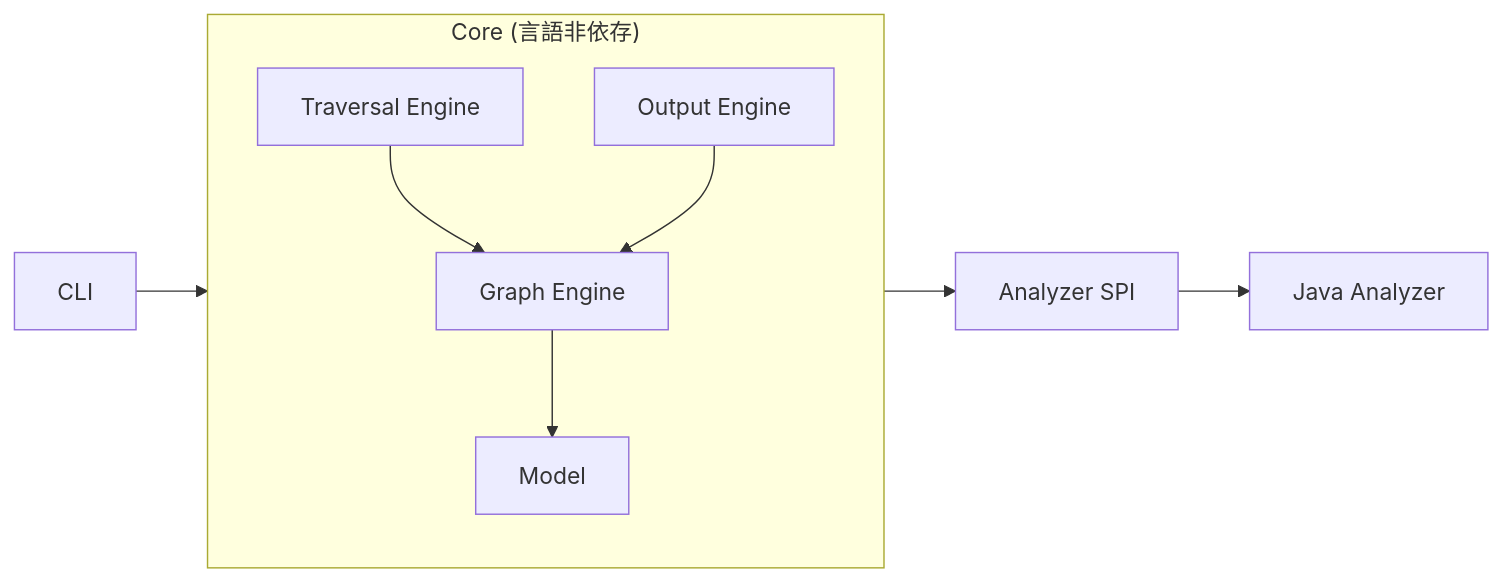
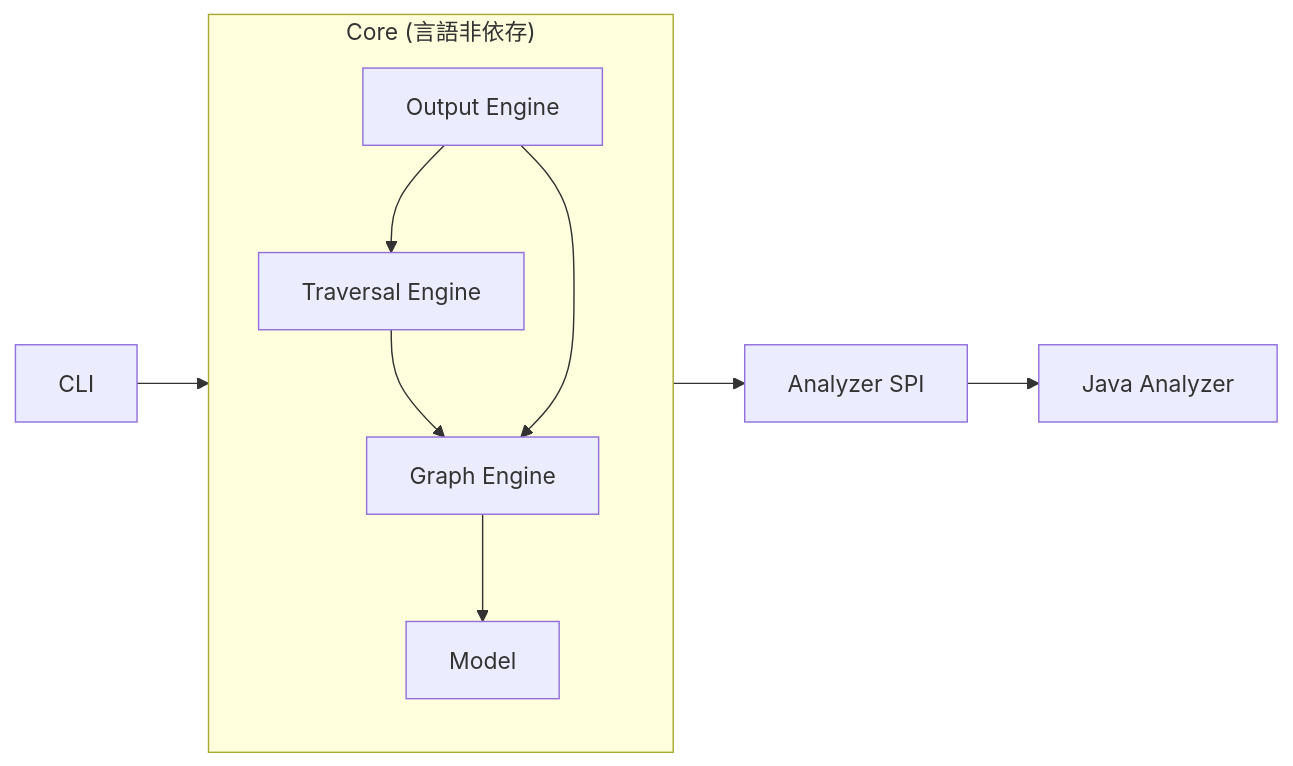
Before and after one commit to Fukuemon/depwalk: the third of 3 diagrams in design/DesignDoc.md, drawn with Mermaid. The commit also changed other lines of this file and 7 other files, not shown here.

````diff
--- a/design/DesignDoc.md
+++ b/design/DesignDoc.md
@@ -142,15 +142,16 @@
 ```mermaid
 flowchart LR
     CLI --> Core
     subgraph Core["Core (言語非依存)"]
         Graph["Graph Engine"]
         Traversal["Traversal Engine"]
         Output["Output Engine"]
         Model["Model"]
         Traversal --> Graph
         Output --> Graph
+        Output --> Traversal
         Graph --> Model
     end
     Core --> SPI["Analyzer SPI"]
     SPI --> JavaAnalyzer["Java Analyzer"]
 ```
````
